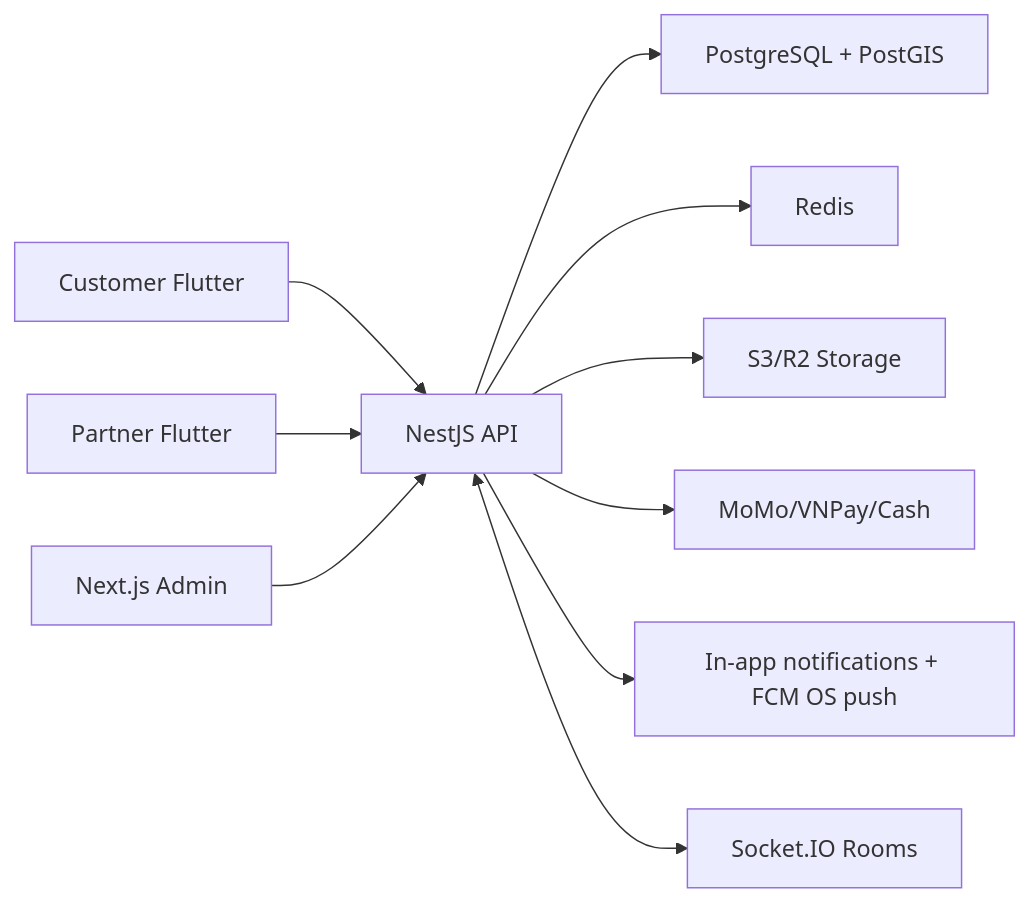
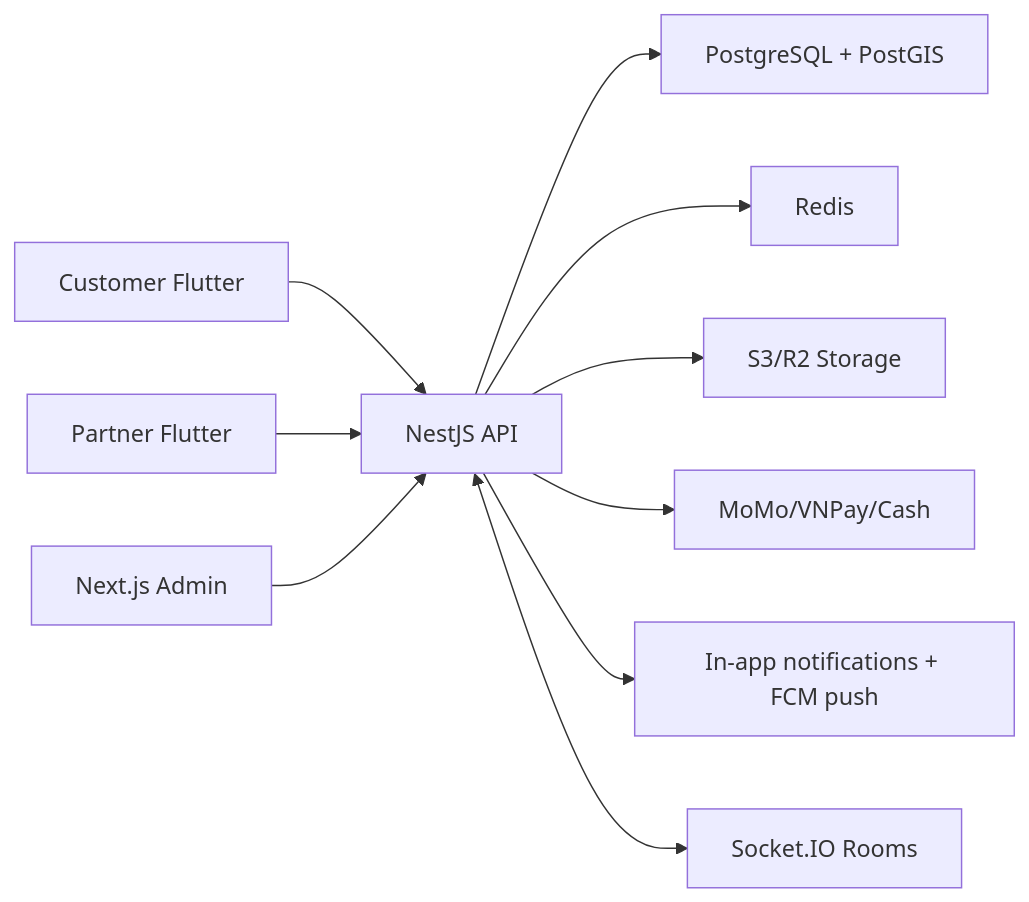
One commit to hands-platform/hands-app changed the diagram in docs/architecture/product-architecture.md. Above: the diagram before and after it, drawn with Mermaid. The commit also changed 10 other files, not shown here.

Commit message:
docs: align FCM push terminology

````diff
--- a/docs/architecture/product-architecture.md
+++ b/docs/architecture/product-architecture.md
@@ -7,12 +7,12 @@
 ```mermaid
 flowchart LR
   C["Customer Flutter"] --> API["NestJS API"]
   P["Partner Flutter"] --> API
   A["Next.js Admin"] --> API
   API --> DB["PostgreSQL + PostGIS"]
   API --> R["Redis"]
   API --> S["S3/R2 Storage"]
   API --> Pay["MoMo/VNPay/Cash"]
-  API --> Push["In-app notifications + FCM OS push"]
+  API --> Push["In-app notifications + FCM push"]
   API <--> WS["Socket.IO Rooms"]
 ```
````
